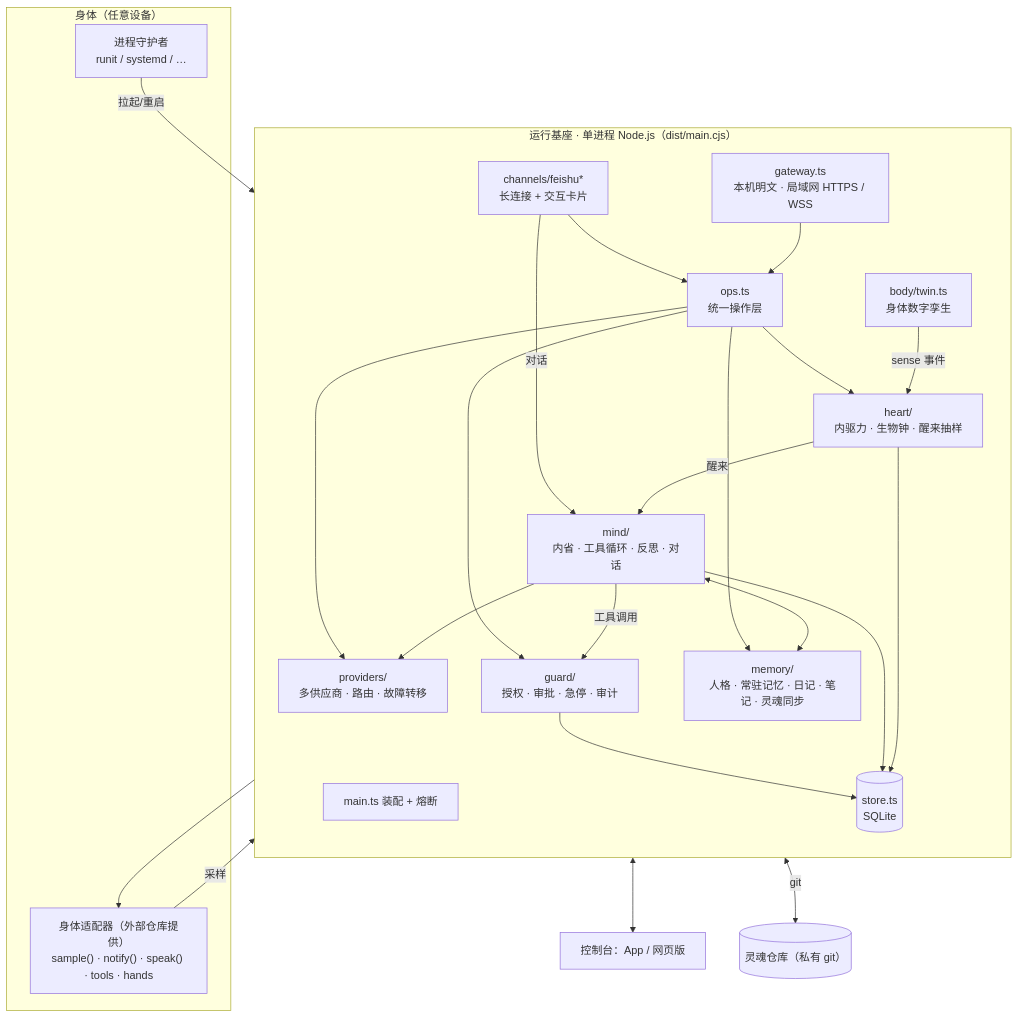
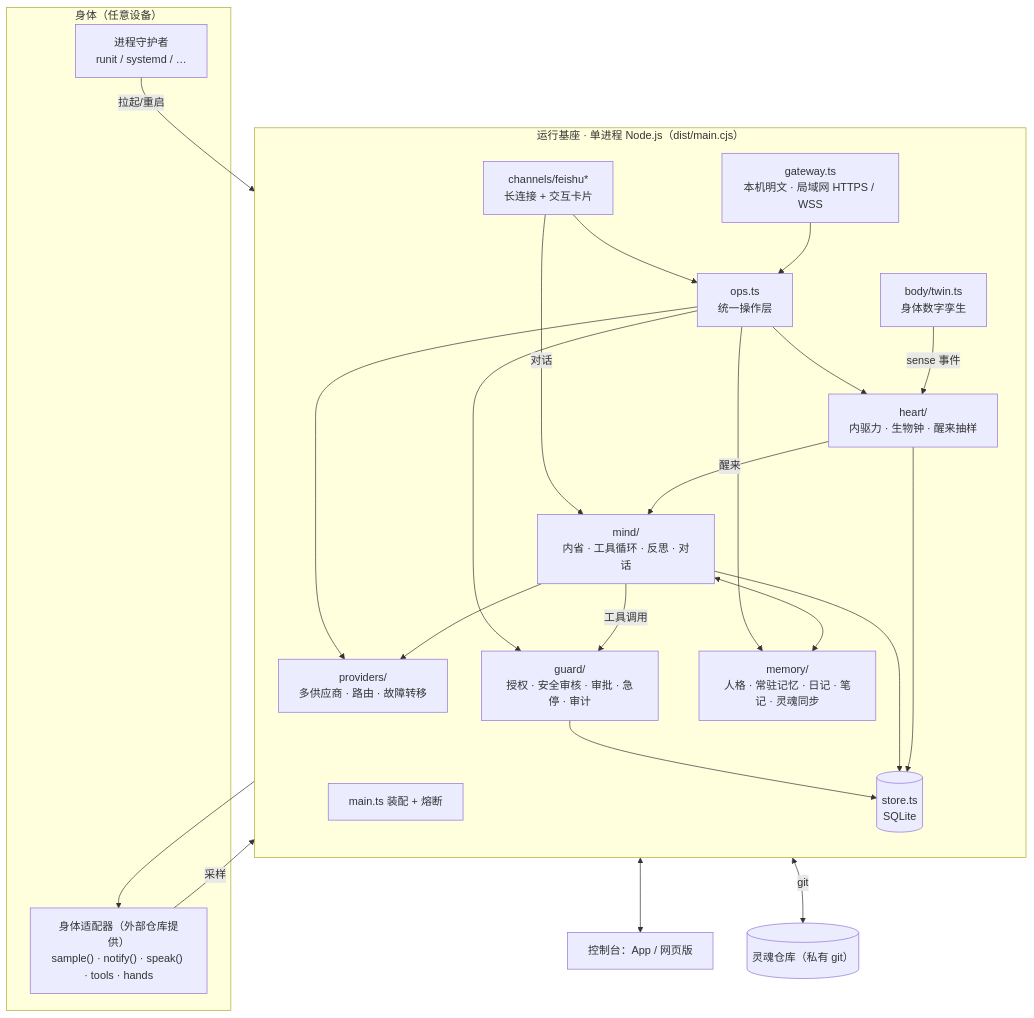
One commit to Causally-XYZ/Project.Quetzal changed the first of 10 diagrams in docs/ARCHITECTURE.md. Above: the diagram before and after it, drawn with Mermaid. The commit also changed other lines of this file and 25 other files, not shown here.

````diff
--- a/docs/ARCHITECTURE.md
+++ b/docs/ARCHITECTURE.md
@@ -11,35 +11,35 @@
 ```mermaid
 flowchart TB
   subgraph Host["身体（任意设备）"]
     AD["身体适配器（外部仓库提供）<br/>sample() · notify() · speak() · tools · hands"]
     SUP["进程守护者<br/>runit / systemd / …"]
   end
   subgraph Core["运行基座 · 单进程 Node.js（dist/main.cjs）"]
     direction TB
     MAIN["main.ts 装配 + 熔断"]
     TWIN["body/twin.ts<br/>身体数字孪生"]
     HEART["heart/<br/>内驱力 · 生物钟 · 醒来抽样"]
     BRAIN["mind/<br/>内省 · 工具循环 · 反思 · 对话"]
     MEM["memory/<br/>人格 · 常驻记忆 · 日记 · 笔记 · 灵魂同步"]
     PROV["providers/<br/>多供应商 · 路由 · 故障转移"]
-    GUARD["guard/<br/>授权 · 审批 · 急停 · 审计"]
+    GUARD["guard/<br/>授权 · 安全审核 · 审批 · 急停 · 审计"]
     OPS["ops.ts<br/>统一操作层"]
     GW["gateway.ts<br/>本机明文 · 局域网 HTTPS / WSS"]
     FS["channels/feishu*<br/>长连接 + 交互卡片"]
     STORE[("store.ts<br/>SQLite")]
   end
   SUP -- 拉起/重启 --> MAIN
   AD -- 采样 --> TWIN
   TWIN -- sense 事件 --> HEART
   HEART -- 醒来 --> BRAIN
   BRAIN --> PROV
   BRAIN -- 工具调用 --> GUARD --> AD
   BRAIN <--> MEM
   OPS --> HEART & GUARD & MEM & PROV
   GW --> OPS
   FS --> OPS
   FS -- 对话 --> BRAIN
   GW <--> APP["控制台：App / 网页版"]
   MEM <-- git --> SOUL[("灵魂仓库（私有 git）")]
   HEART & BRAIN & GUARD --> STORE
 ```
````
